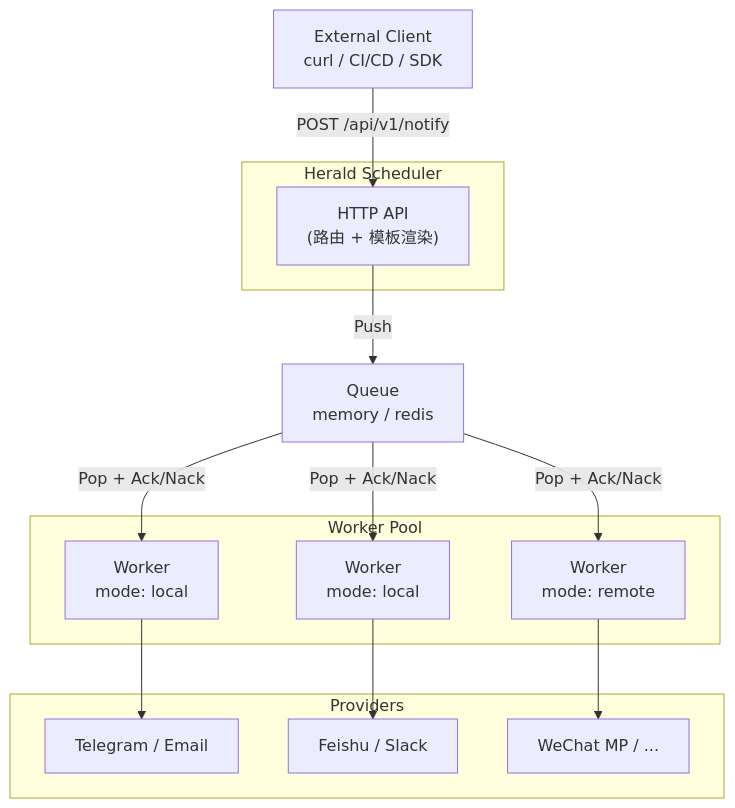
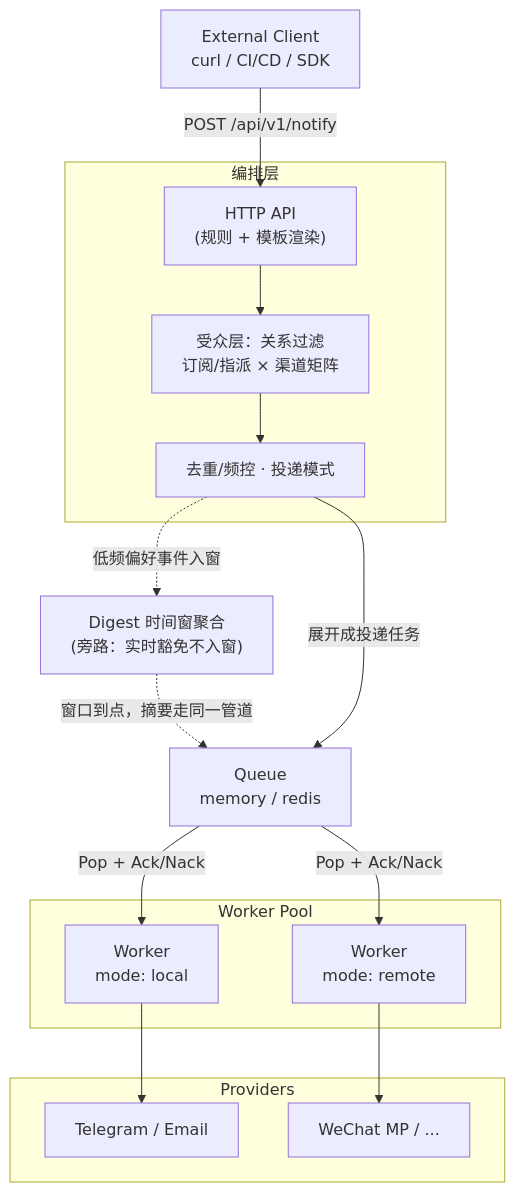
One commit to cuihairu/herald changed the diagram in README.md. Above: the diagram before and after it, drawn with Mermaid. The commit also changed other lines of this file, not shown here.

````diff
--- a/README.md
+++ b/README.md
@@ -169,31 +172,35 @@
 ```mermaid
 graph TB
     Client["External Client<br/>curl / CI/CD / SDK"]
 
-    subgraph Scheduler["Herald Scheduler"]
-        API["HTTP API<br/>(路由 + 模板渲染)"]
+    subgraph Orchestration["编排层"]
+        API["HTTP API<br/>(规则 + 模板渲染)"]
+        Filter["受众层：关系过滤<br/>订阅/指派 × 渠道矩阵"]
+        Fold["去重/频控 · 投递模式"]
     end
+
+    Digest["Digest 时间窗聚合<br/>(旁路：实时豁免不入窗)"]
 
     Queue["Queue<br/>memory / redis"]
 
     subgraph Workers["Worker Pool"]
         W1["Worker<br/>mode: local"]
-        W2["Worker<br/>mode: local"]
         W3["Worker<br/>mode: remote"]
     end
 
     subgraph Providers
         P1["Telegram / Email"]
-        P2["Feishu / Slack"]
         P3["WeChat MP / ..."]
     end
 
     Client -->|POST /api/v1/notify| API
-    API -->|Push| Queue
+    API --> Filter
+    Filter --> Fold
+    Fold -.->|"低频偏好事件入窗"| Digest
+    Digest -.->|"窗口到点，摘要走同一管道"| Queue
+    Fold -->|"展开成投递任务"| Queue
     Queue -->|Pop + Ack/Nack| W1
-    Queue -->|Pop + Ack/Nack| W2
     Queue -->|Pop + Ack/Nack| W3
     W1 --> P1
-    W2 --> P2
     W3 --> P3
 ```
````
